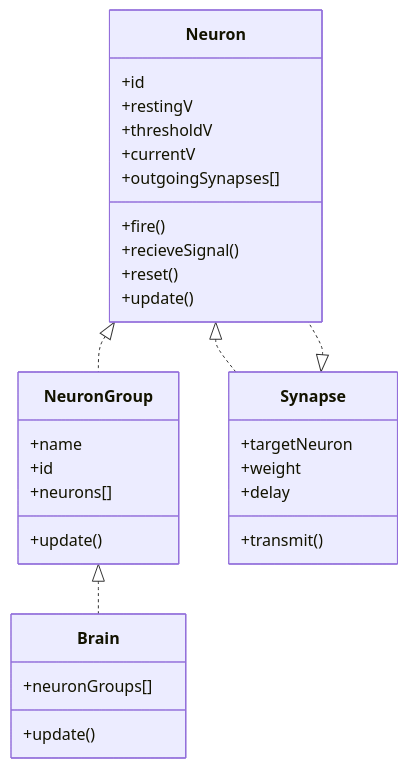
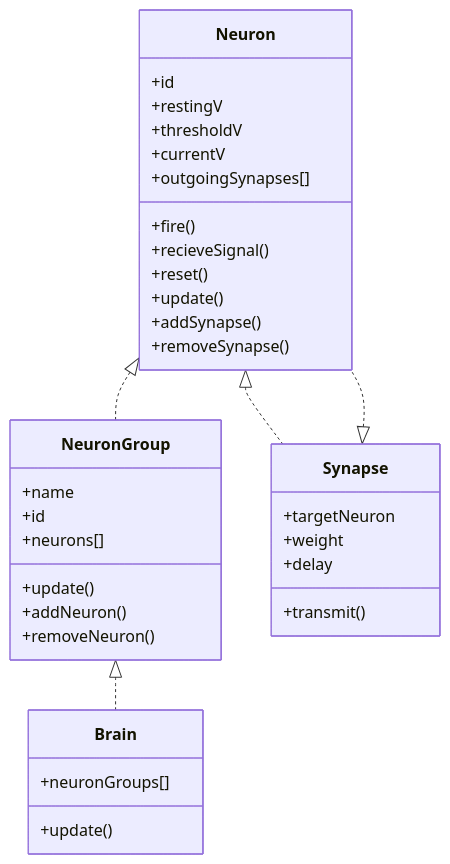
One commit to KayraParker-Nance/BrainBridge changed the third of 3 diagrams in docs/02brain.md. Above: the diagram before and after it, drawn with Mermaid. The commit also changed 1 other file, not shown here.

Commit message:
Implemented neuron group class

````diff
--- a/docs/02brain.md
+++ b/docs/02brain.md
@@ -17,35 +17,39 @@
 ```mermaid
 classDiagram
 class Neuron{
 +id
 +restingV
 +thresholdV
 +currentV
 +outgoingSynapses[]
 +fire()
 +recieveSignal()
 +reset()
 +update()
++addSynapse()
++removeSynapse()
 }
 class NeuronGroup{
 +name
 +id
 +neurons[]
 +update()
++addNeuron()
++removeNeuron()
 }
 class Brain{
 +neuronGroups[]
 +update()
 }
 class Synapse{
     +targetNeuron
     +weight
     +delay
     +transmit()
 }
 
 NeuronGroup <|.. Brain
 Neuron <|.. NeuronGroup
 Neuron <|.. Synapse
 Synapse <|.. Neuron
 ```
````
